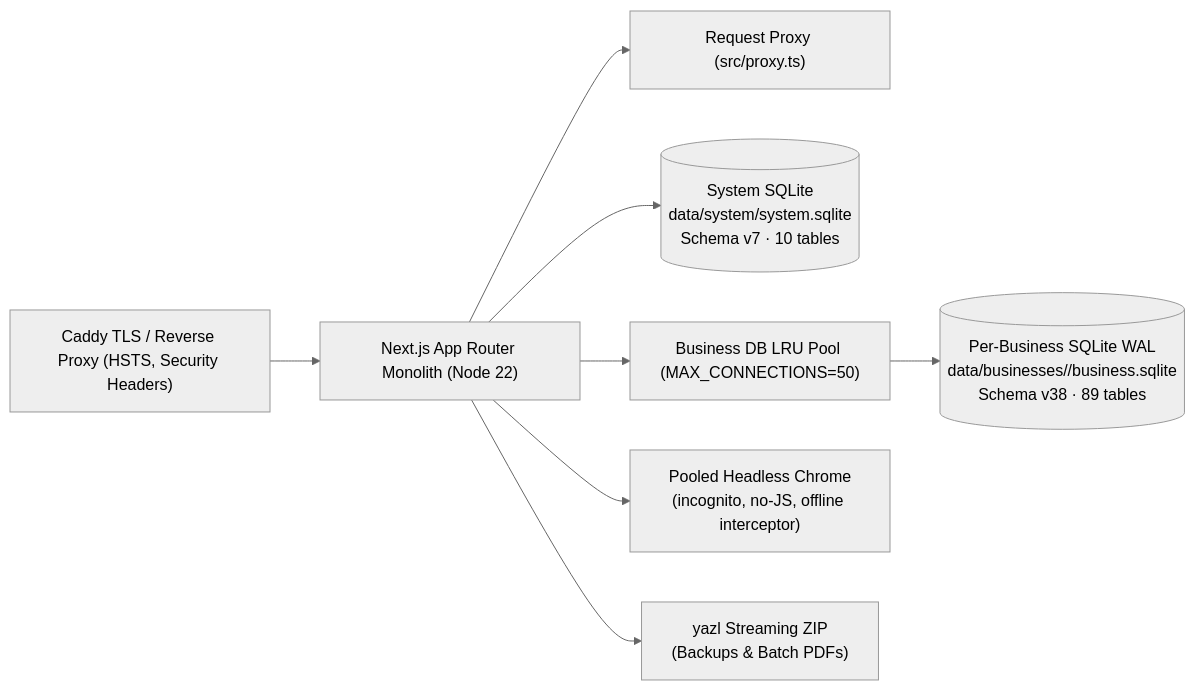
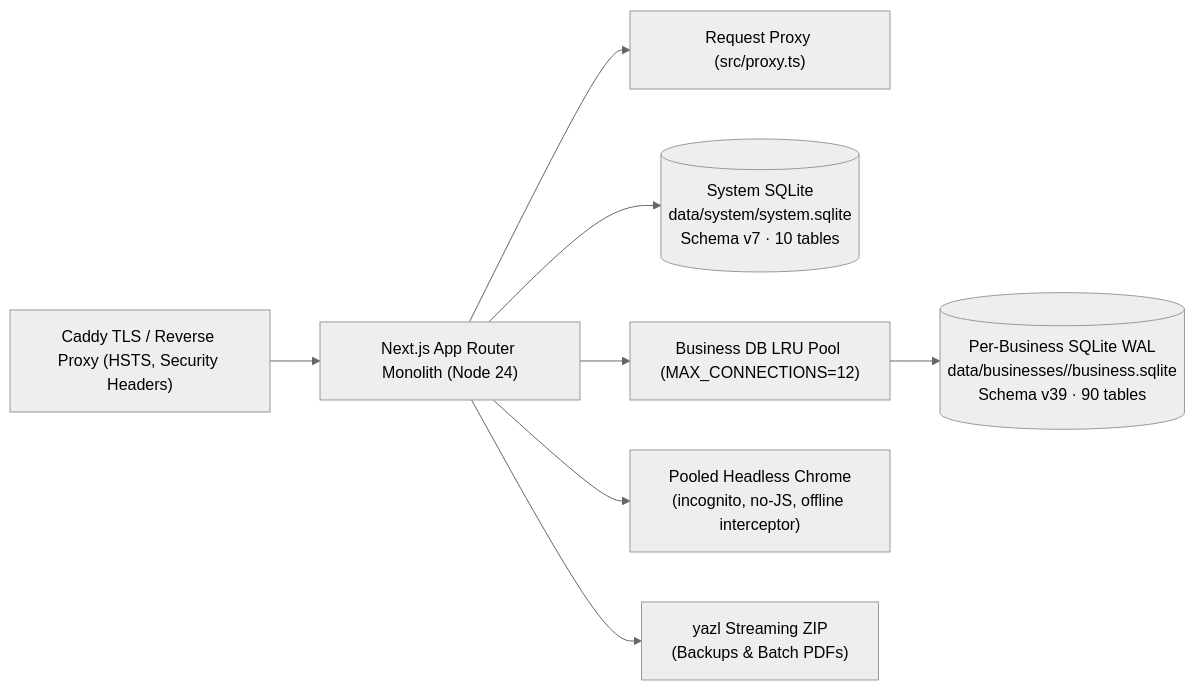
One commit to MuhammadRayyan/erp-software-2.0 changed the diagram in docs/ARCHITECTURE.md. Above: the diagram before and after it, drawn with Mermaid (neutral theme). The commit also changed other lines of this file and 6 other files, not shown here.

Commit message:
docs: bring docs up to date with Node 24, CI, security and runtime changes; add app icon

````diff
--- a/docs/ARCHITECTURE.md
+++ b/docs/ARCHITECTURE.md
@@ -12,10 +12,10 @@
 ```mermaid
 flowchart LR
-  Caddy["Caddy TLS / Reverse Proxy (HSTS, Security Headers)"] --> NextApp["Next.js App Router Monolith (Node 22)"]
+  Caddy["Caddy TLS / Reverse Proxy (HSTS, Security Headers)"] --> NextApp["Next.js App Router Monolith (Node 24)"]
   NextApp --> Proxy["Request Proxy (src/proxy.ts)"]
   NextApp --> SysDB[("System SQLite\ndata/system/system.sqlite\nSchema v7 · 10 tables")]
-  NextApp --> Pool["Business DB LRU Pool (MAX_CONNECTIONS=50)"]
-  Pool --> BizDB[("Per-Business SQLite WAL\ndata/businesses/<key>/business.sqlite\nSchema v38 · 89 tables")]
+  NextApp --> Pool["Business DB LRU Pool (MAX_CONNECTIONS=12)"]
+  Pool --> BizDB[("Per-Business SQLite WAL\ndata/businesses/<key>/business.sqlite\nSchema v39 · 90 tables")]
   NextApp --> PdfPool["Pooled Headless Chrome\n(incognito, no-JS, offline interceptor)"]
   NextApp --> ZipStream["yazl Streaming ZIP\n(Backups & Batch PDFs)"]
 ```
````
